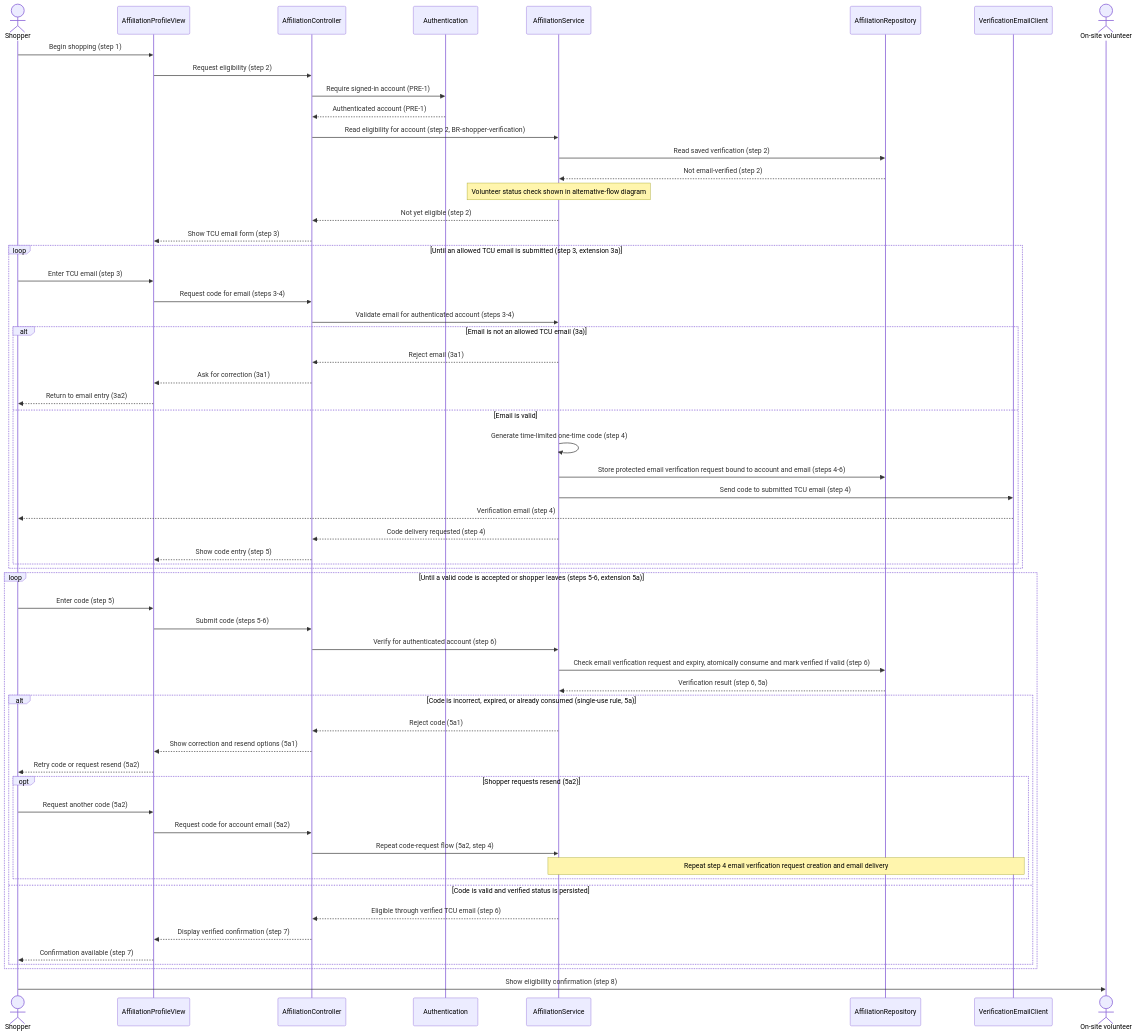
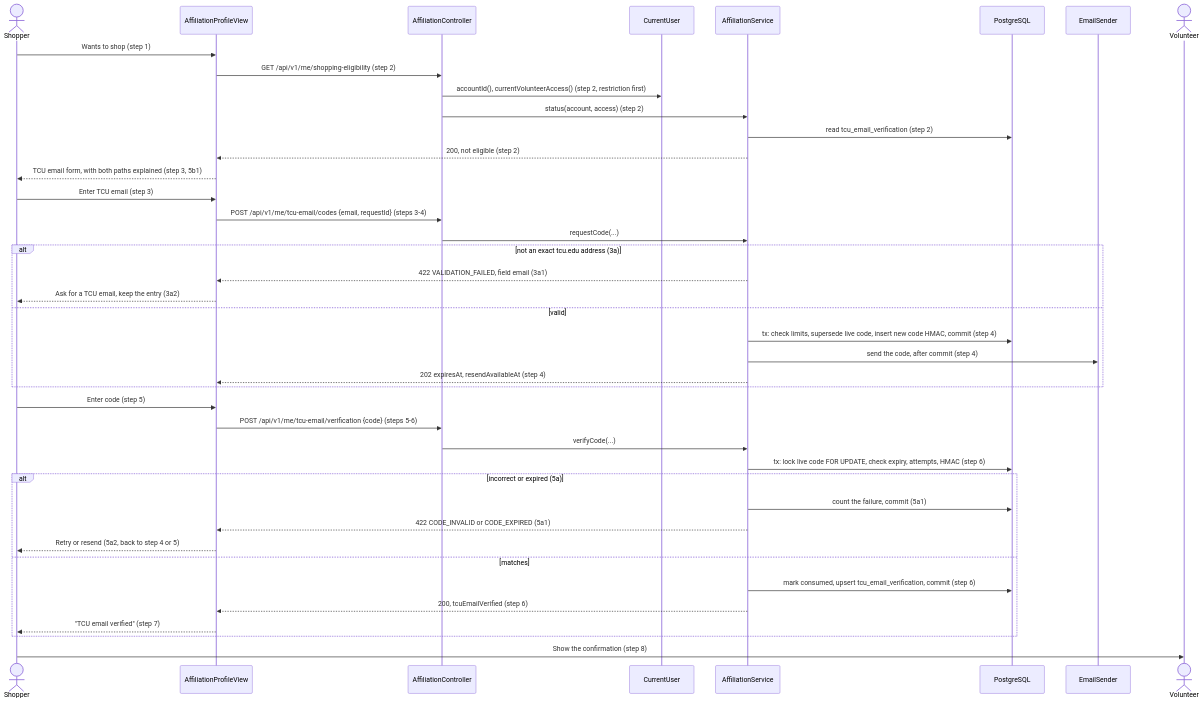
One commit to evelyntrann/cosc-40943-team-3-refrog changed the second of 4 diagrams in docs/design/IDV.md. Above: the diagram before and after it, drawn with Mermaid. The commit also changed other lines of this file and 5 other files, not shown here.

First line of the commit message:
docs: revise IDV design for UC-IDV-verify-affiliation against KD-tech-stack

````diff
--- a/docs/design/IDV.md
+++ b/docs/design/IDV.md
@@ -197,61 +119,43 @@
 ```mermaid
 sequenceDiagram
     actor S as Shopper
     participant UI as AffiliationProfileView
     participant C as AffiliationController
-    participant A as Authentication
+    participant CU as CurrentUser
     participant SV as AffiliationService
-    participant R as AffiliationRepository
-    participant E as VerificationEmailClient
-    actor V as On-site volunteer
-    S->>UI: Begin shopping (step 1)
-    UI->>C: Request eligibility (step 2)
-    C->>A: Require signed-in account (PRE-1)
-    A-->>C: Authenticated account (PRE-1)
-    C->>SV: Read eligibility for account (step 2, BR-shopper-verification)
-    SV->>R: Read saved verification (step 2)
-    R-->>SV: Not email-verified (step 2)
-    Note over SV: Volunteer status check shown in alternative-flow diagram
-    SV-->>C: Not yet eligible (step 2)
-    C-->>UI: Show TCU email form (step 3)
-    loop Until an allowed TCU email is submitted (step 3, extension 3a)
-        S->>UI: Enter TCU email (step 3)
-        UI->>C: Request code for email (steps 3-4)
-        C->>SV: Validate email for authenticated account (steps 3-4)
-        alt Email is not an allowed TCU email (3a)
-            SV-->>C: Reject email (3a1)
-            C-->>UI: Ask for correction (3a1)
-            UI-->>S: Return to email entry (3a2)
-        else Email is valid
-            SV->>SV: Generate time-limited one-time code (step 4)
-            SV->>R: Store protected email verification request bound to account and email (steps 4-6)
-            SV->>E: Send code to submitted TCU email (step 4)
-            E-->>S: Verification email (step 4)
-            SV-->>C: Code delivery requested (step 4)
-            C-->>UI: Show code entry (step 5)
-        end
+    participant DB as PostgreSQL
+    participant E as EmailSender
+    actor V as Volunteer
+    S->>UI: Wants to shop (step 1)
+    UI->>C: GET /api/v1/me/shopping-eligibility (step 2)
+    C->>CU: accountId(), currentVolunteerAccess() (step 2, restriction first)
+    C->>SV: status(account, access) (step 2)
+    SV->>DB: read tcu_email_verification (step 2)
+    SV-->>UI: 200, not eligible (step 2)
+    UI-->>S: TCU email form, with both paths explained (step 3, 5b1)
+    S->>UI: Enter TCU email (step 3)
+    UI->>C: POST /api/v1/me/tcu-email/codes {email, requestId} (steps 3-4)
+    C->>SV: requestCode(...)
+    alt not an exact tcu.edu address (3a)
+        SV-->>UI: 422 VALIDATION_FAILED, field email (3a1)
+        UI-->>S: Ask for a TCU email, keep the entry (3a2)
+    else valid
+        SV->>DB: tx: check limits, supersede live code, insert new code HMAC, commit (step 4)
+        SV->>E: send the code, after commit (step 4)
+        SV-->>UI: 202 expiresAt, resendAvailableAt (step 4)
     end
-    loop Until a valid code is accepted or shopper leaves (steps 5-6, extension 5a)
-        S->>UI: Enter code (step 5)
-        UI->>C: Submit code (steps 5-6)
-        C->>SV: Verify for authenticated account (step 6)
-        SV->>R: Check email verification request and expiry, atomically consume and mark verified if valid (step 6)
-        R-->>SV: Verification result (step 6, 5a)
-        alt Code is incorrect, expired, or already consumed (single-use rule, 5a)
-            SV-->>C: Reject code (5a1)
-            C-->>UI: Show correction and resend options (5a1)
-            UI-->>S: Retry code or request resend (5a2)
-            opt Shopper requests resend (5a2)
-                S->>UI: Request another code (5a2)
-                UI->>C: Request code for account email (5a2)
-                C->>SV: Repeat code-request flow (5a2, step 4)
-                Note over SV,E: Repeat step 4 email verification request creation and email delivery
-            end
-        else Code is valid and verified status is persisted
-            SV-->>C: Eligible through verified TCU email (step 6)
-            C-->>UI: Display verified confirmation (step 7)
-            UI-->>S: Confirmation available (step 7)
-        end
+    S->>UI: Enter code (step 5)
+    UI->>C: POST /api/v1/me/tcu-email/verification {code} (steps 5-6)
+    C->>SV: verifyCode(...)
+    SV->>DB: tx: lock live code FOR UPDATE, check expiry, attempts, HMAC (step 6)
+    alt incorrect or expired (5a)
+        SV->>DB: count the failure, commit (5a1)
+        SV-->>UI: 422 CODE_INVALID or CODE_EXPIRED (5a1)
+        UI-->>S: Retry or resend (5a2, back to step 4 or 5)
+    else matches
+        SV->>DB: mark consumed, upsert tcu_email_verification, commit (step 6)
+        SV-->>UI: 200, tcuEmailVerified (step 6)
+        UI-->>S: "TCU email verified" (step 7)
     end
-    S->>V: Show eligibility confirmation (step 8)
+    S->>V: Show the confirmation (step 8)
 ```
````
